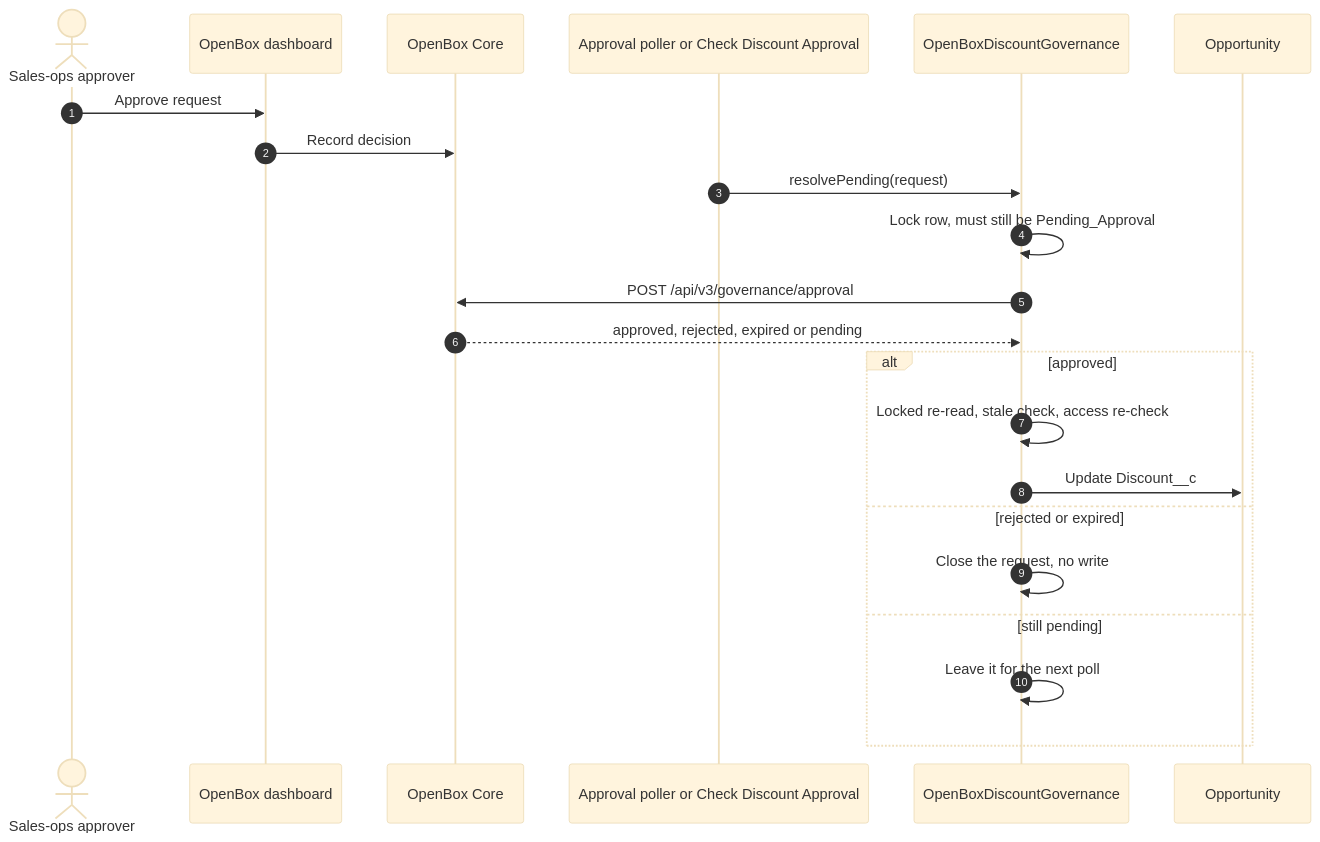
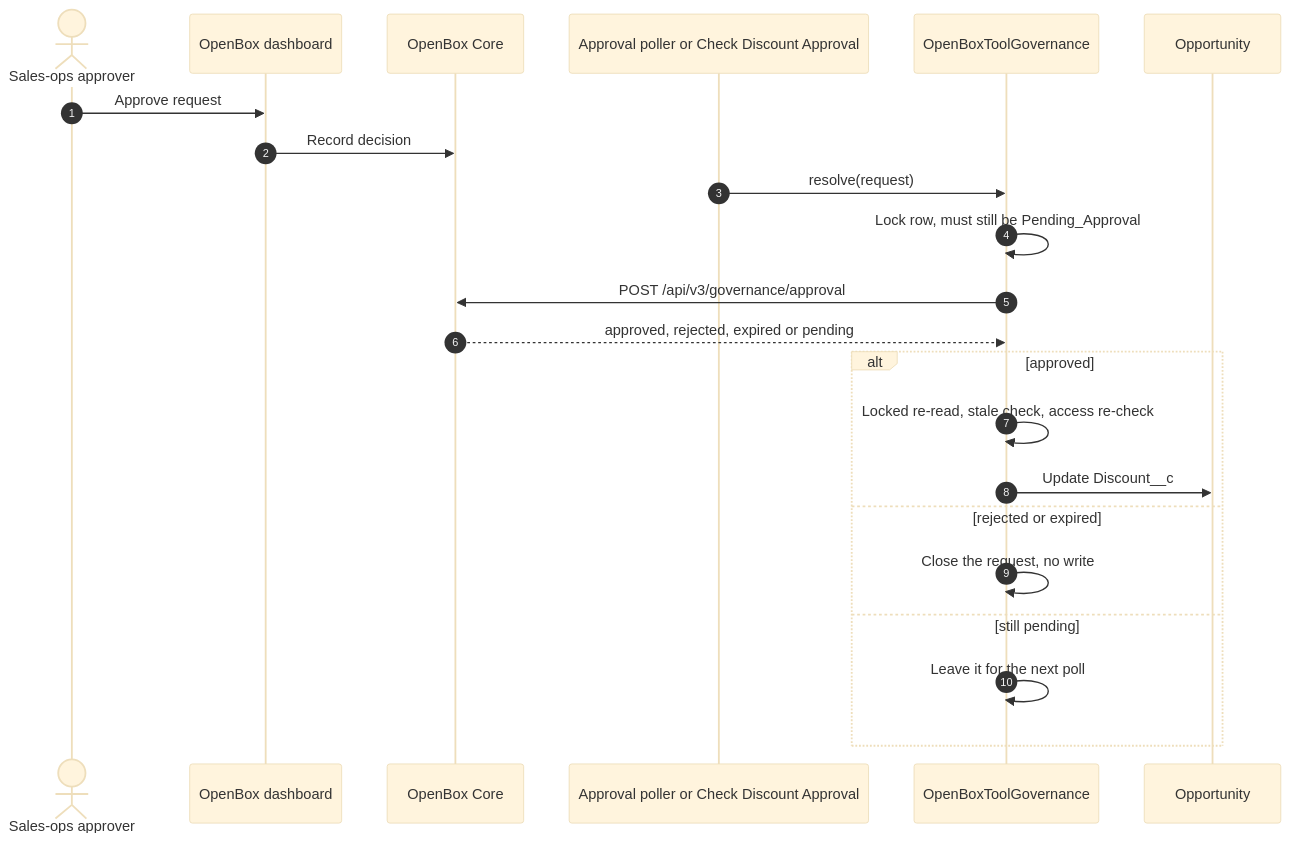
Before and after one commit to OpenBox-AI/openbox-agentforce-sdk: the sixth of 7 diagrams in README.md, drawn with Mermaid (base theme). The commit also changed other lines of this file and 72 other files, not shown here.

````diff
--- a/README.md
+++ b/README.md
@@ -263,26 +317,26 @@
 ```mermaid
 sequenceDiagram
   autonumber
   actor Approver as Sales-ops approver
   participant Dash as OpenBox dashboard
   participant Core as OpenBox Core
   participant Poller as Approval poller or Check Discount Approval
-  participant Apex as OpenBoxDiscountGovernance
+  participant Apex as OpenBoxToolGovernance
   participant Opp as Opportunity
 
   Approver->>Dash: Approve request
   Dash->>Core: Record decision
-  Poller->>Apex: resolvePending(request)
+  Poller->>Apex: resolve(request)
   Apex->>Apex: Lock row, must still be Pending_Approval
   Apex->>Core: POST /api/v3/governance/approval
   Core-->>Apex: approved, rejected, expired or pending
 
   alt approved
     Apex->>Apex: Locked re-read, stale check, access re-check
     Apex->>Opp: Update Discount__c
   else rejected or expired
     Apex->>Apex: Close the request, no write
   else still pending
     Apex->>Apex: Leave it for the next poll
   end
 ```
````
